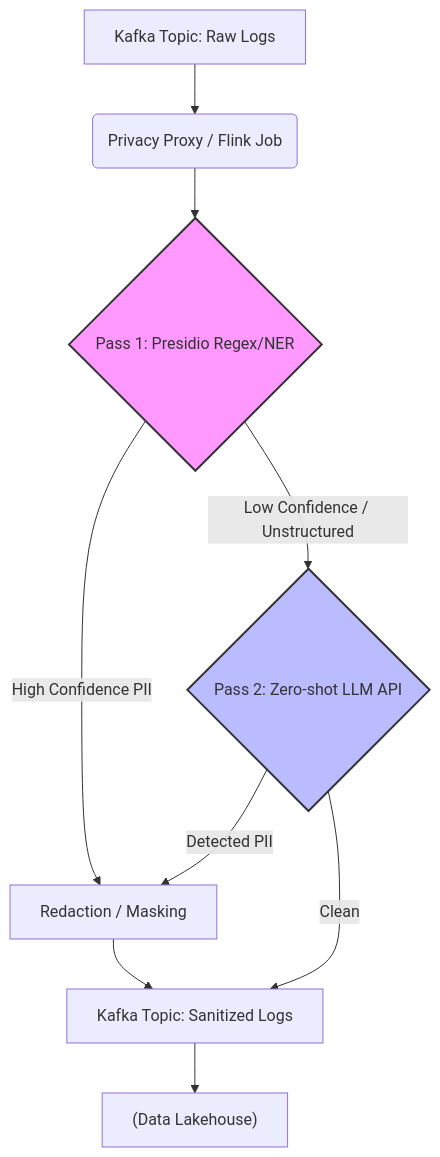
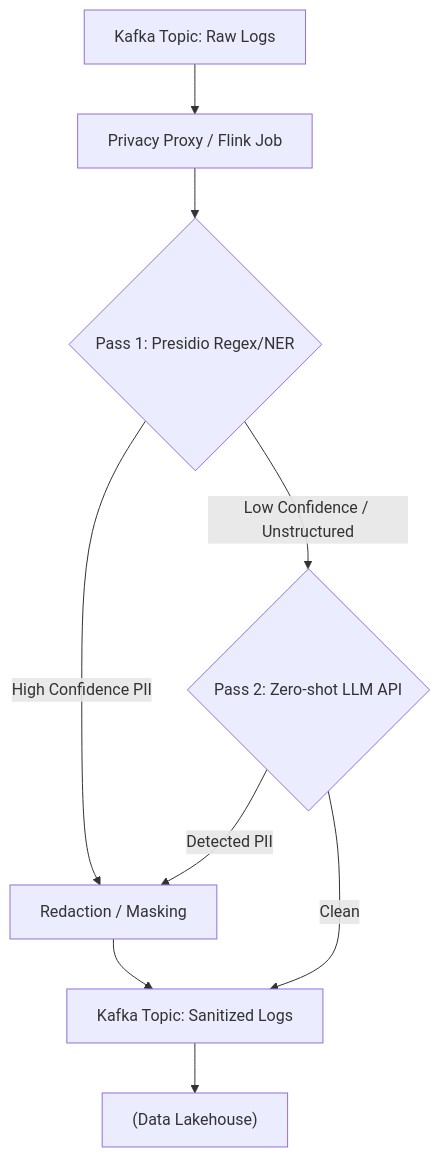
The diagram in src/content/docs/concepts/9-genai-machine-learning/zero-shot.md (kythuatdulieu/kythuatdulieu.github.io), drawn with Mermaid before and after one commit. The commit also changed other lines of this file and 228 other files, not shown here.

Commit message:
Fix syntax and rewrite 200+ concepts docs to deep-dive system architecture and add GA4 tracking to quiz app

````diff
--- a/src/content/docs/concepts/9-genai-machine-learning/zero-shot.md
+++ b/src/content/docs/concepts/9-genai-machine-learning/zero-shot.md
@@ -37,14 +38,11 @@
 ```mermaid
 graph TD
-    A["Kafka Topic: Raw Logs"] --> B("Privacy Proxy / Flink Job")
-    B --> C{Pass 1: Presidio Regex/NER}
+    A["Kafka Topic: Raw Logs"] --> B["Privacy Proxy / Flink Job"]
+    B --> C{"Pass 1: Presidio Regex/NER"}
     C -->|High Confidence PII| D["Redaction / Masking"]
-    C -->|Low Confidence / Unstructured| E{Pass 2: Zero-shot LLM API}
+    C -->|Low Confidence / Unstructured| E{"Pass 2: Zero-shot LLM API"}
     E -->|Detected PII| D
     E -->|Clean| F
     D --> F["Kafka Topic: Sanitized Logs"]
     F --> G["(Data Lakehouse)"]
-    
-    style C fill:#f9f,stroke:#333,stroke-width:2px
-    style E fill:#bbf,stroke:#333,stroke-width:2px
 ```
````
